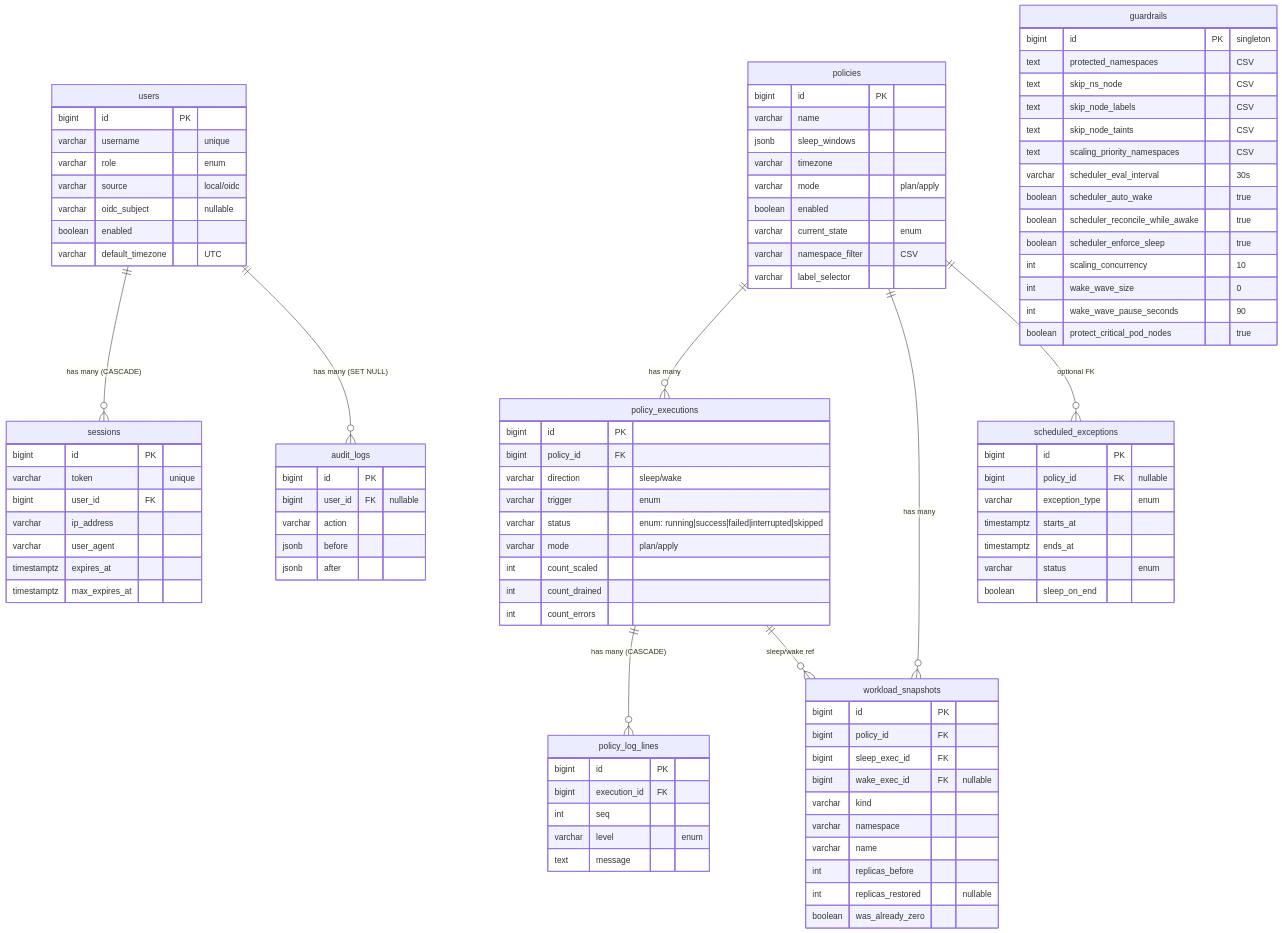
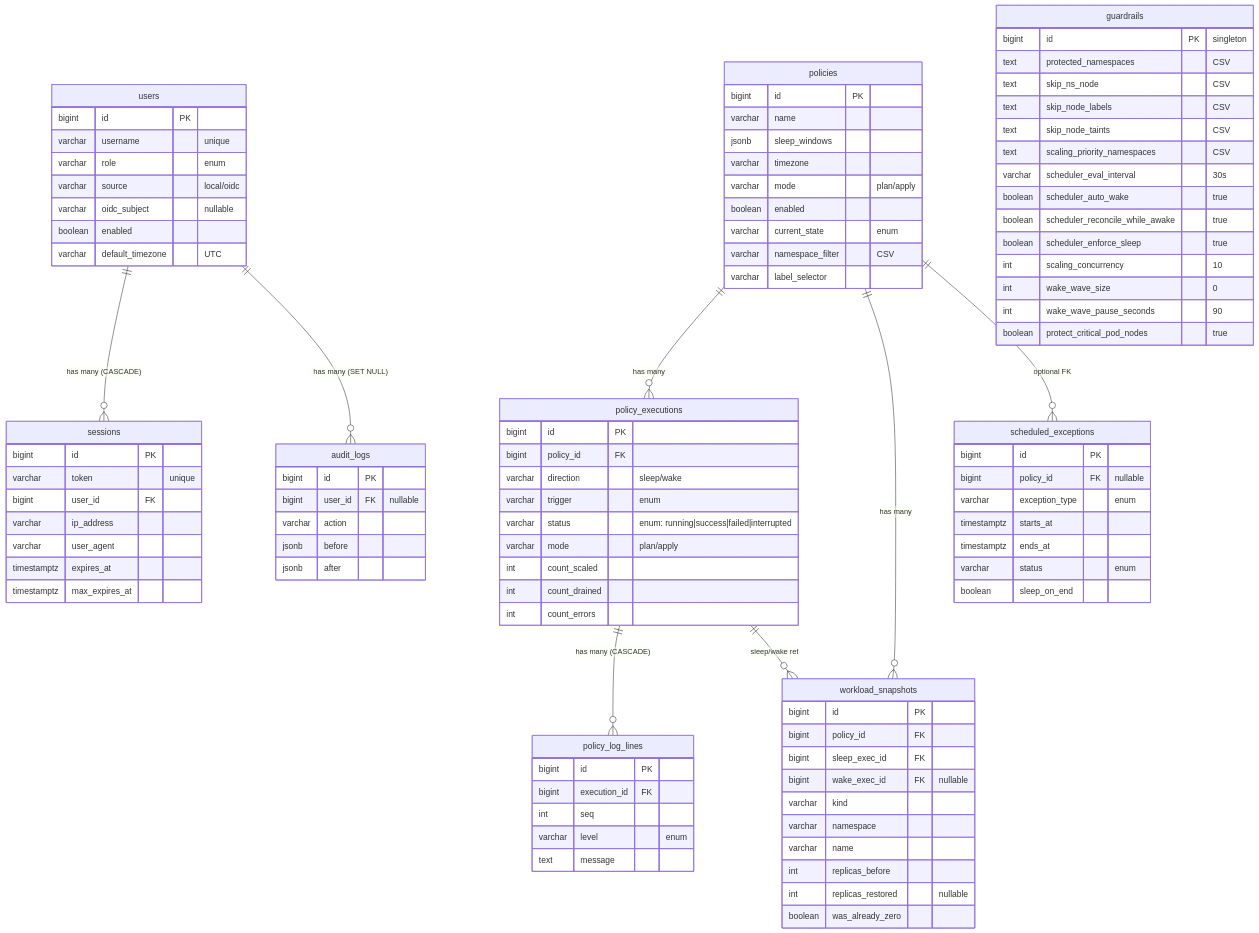
Before and after one commit to MacXsimilian/kube-phoenix: the second of 2 diagrams in ARCHITECTURE.md, drawn with Mermaid. The commit also changed 30 other files, not shown here.

First line of the commit message:
fix: correct Helm selectors and observability metrics, drop dead skipped status (#413)

```diff
--- a/ARCHITECTURE.md
+++ b/ARCHITECTURE.md
@@ -320,7 +320,7 @@
         bigint policy_id FK
         varchar direction "sleep/wake"
         varchar trigger "enum"
-        varchar status "enum: running|success|failed|interrupted|skipped"
+        varchar status "enum: running|success|failed|interrupted"
         varchar mode "plan/apply"
         int count_scaled
         int count_drained
```
